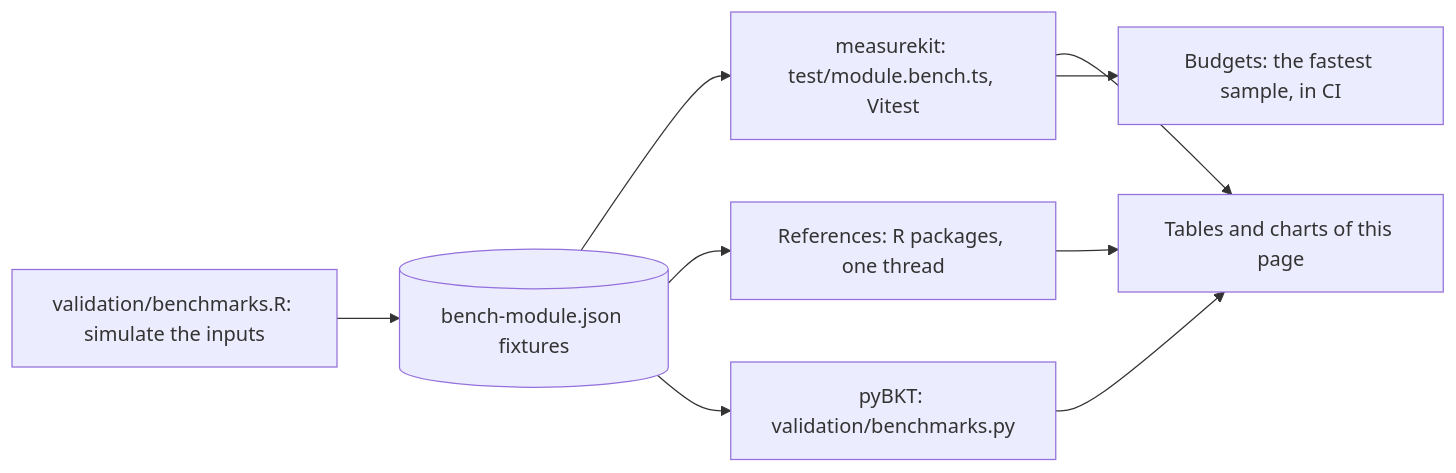
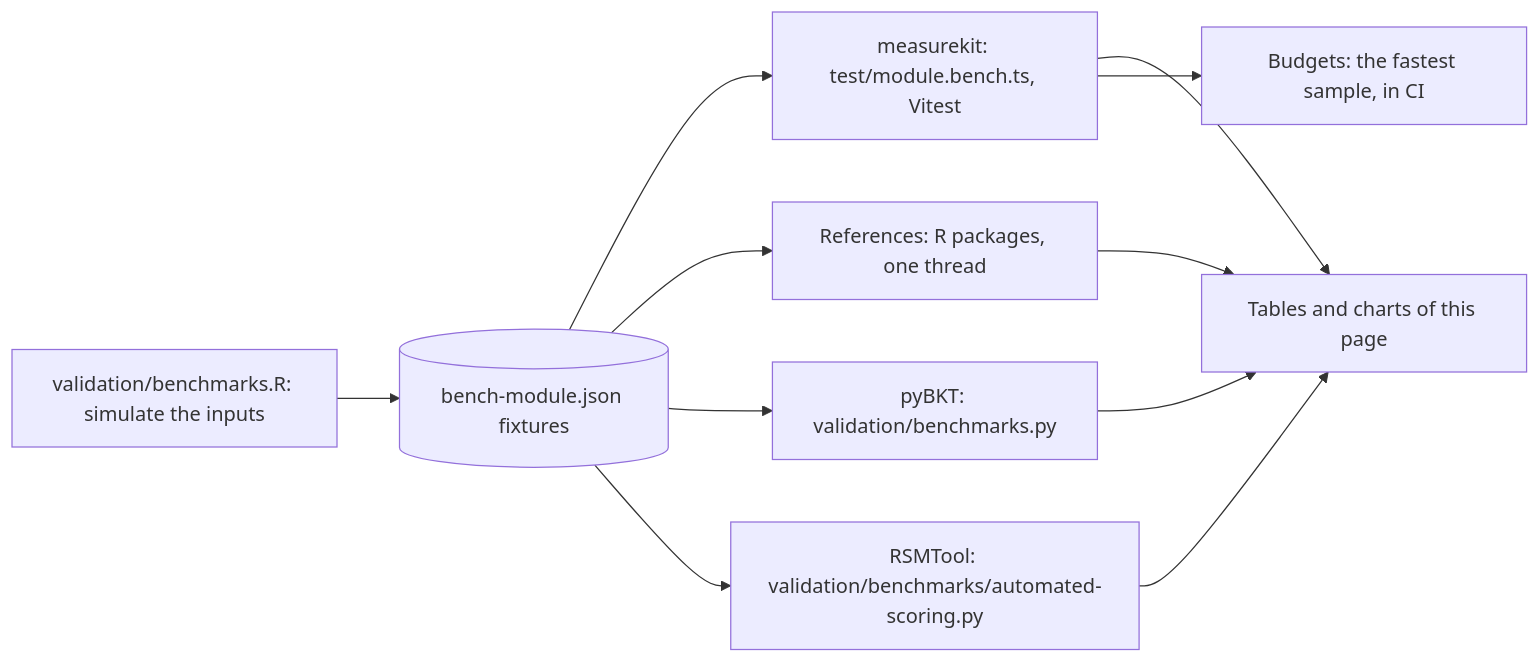
Before and after one commit to measurekit/measurekit: diagram 15 of 15 in docs/performance.md, drawn with Mermaid. The commit also changed other lines of this file and 1 other file, not shown here.

First line of the commit message:
Give the performance guide the rows and charts of fit, cat, the evaluation of automated scores and person scalability, and the timing of RSMTool

````diff
--- a/docs/performance.md
+++ b/docs/performance.md
@@ -376,11 +422,13 @@
 ```mermaid
 flowchart LR
   S["validation/benchmarks.R: simulate the inputs"] --> F[("bench-module.json fixtures")]
   F --> M["measurekit: test/module.bench.ts, Vitest"]
   F --> R["References: R packages, one thread"]
   F --> P["pyBKT: validation/benchmarks.py"]
+  F --> Q["RSMTool: validation/benchmarks/automated-scoring.py"]
   M --> T["Tables and charts of this page"]
   R --> T
   P --> T
+  Q --> T
   M --> B["Budgets: the fastest sample, in CI"]
 ```
````
